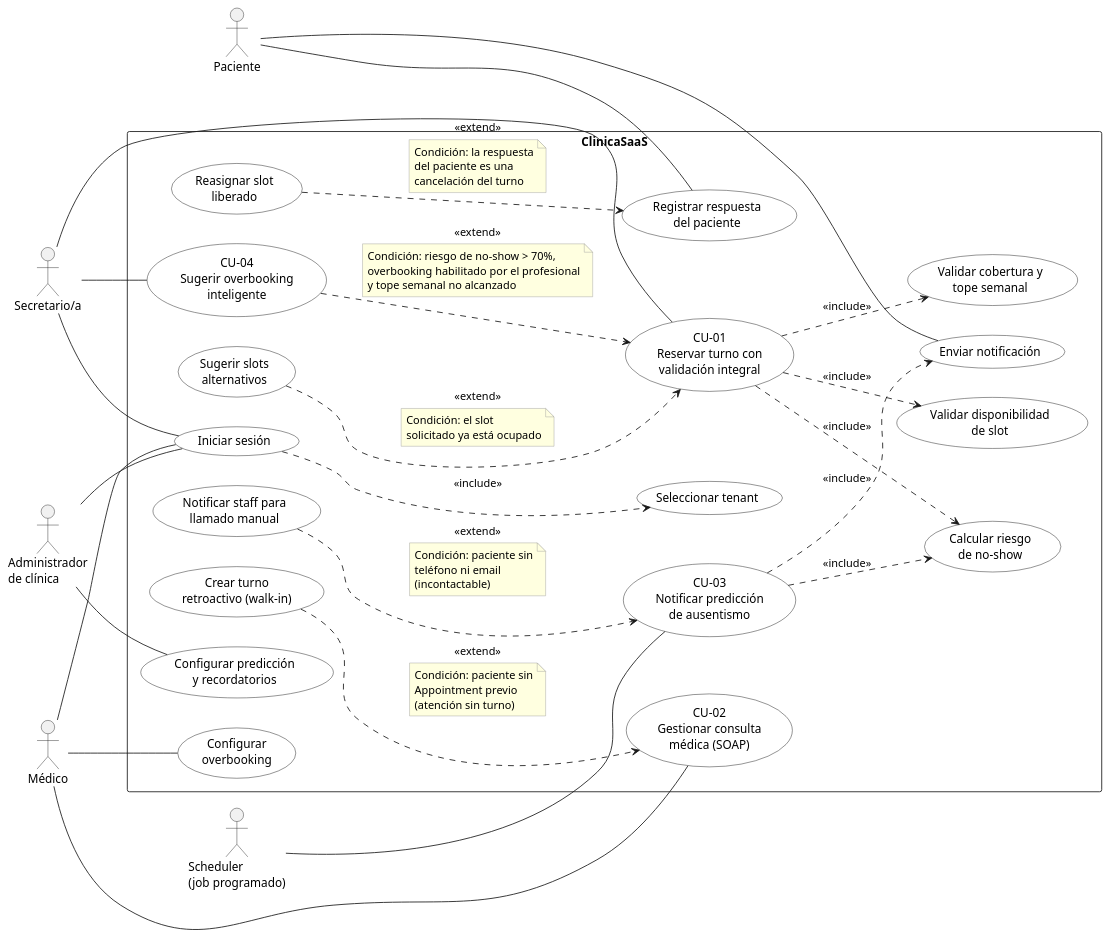
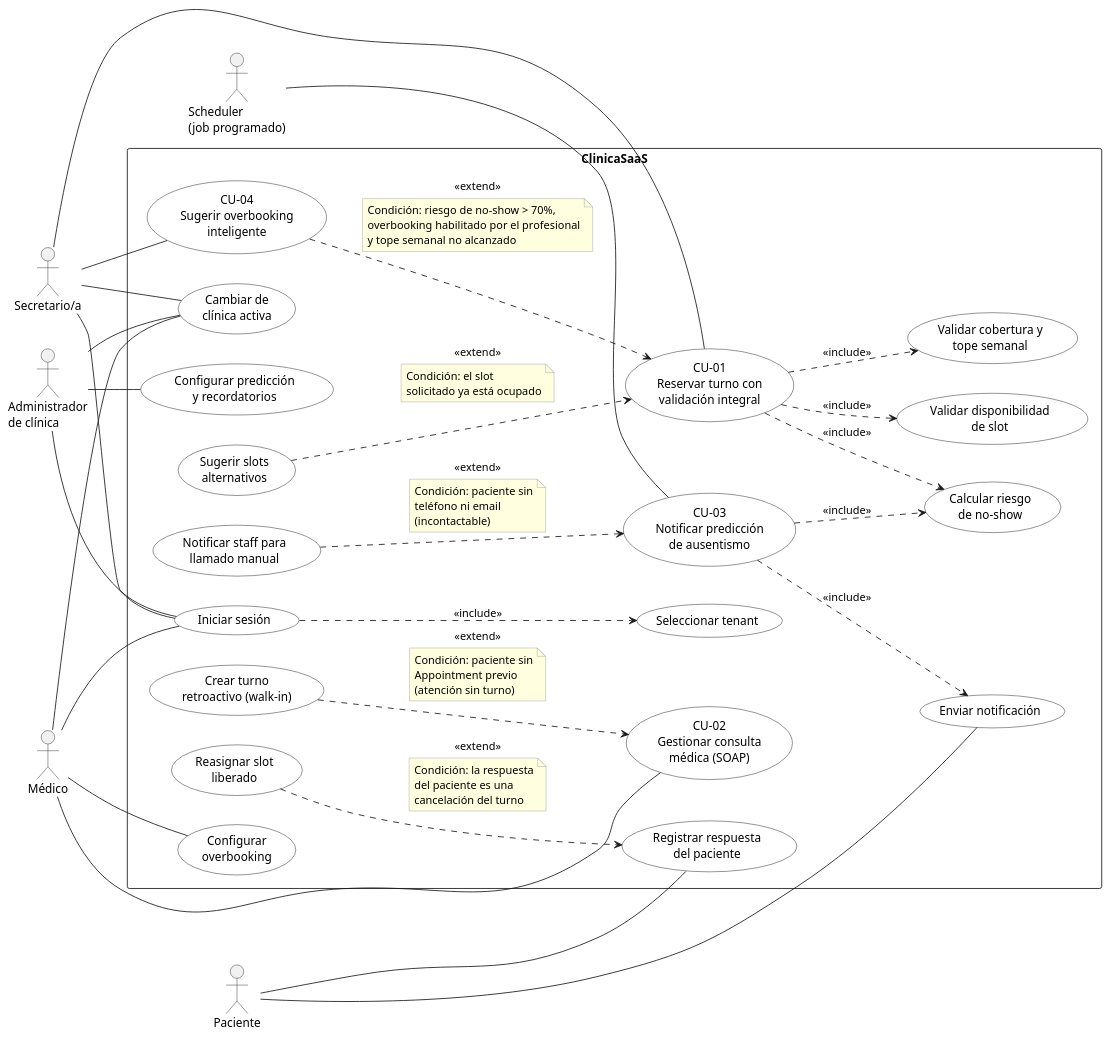
One commit to JulianDeco/sist_clinica changed the diagram in seminario/iconix/diagramas/01-casos-de-uso.puml. Above: the diagram before and after it, drawn with PlantUML. The commit also changed 5 other files, not shown here.

Commit message:
docs(T-020): pulido ICONIX — canales ADR-013 (Telegram/email MVP), CU-S14 cambiar de clínica activa, consistencia entidades/glosario

```diff
--- a/seminario/iconix/diagramas/01-casos-de-uso.puml
+++ b/seminario/iconix/diagramas/01-casos-de-uso.puml
@@ -1,138 +1,148 @@
 @startuml 01-casos-de-uso
 ' =====================================================================
 ' ClinicaSaaS — Diagrama de casos de uso (ICONIX) — T-020 entregable 1
 ' Entrega Seminario de Trabajo Final UAI — 16/06/2026
 '
 ' Fuentes:
 '   - .claude/tasks/use-cases.md  (CU-01..CU-04, fuente autoritativa)
 '   - docs/adr/ADR-014-multi-tenant-membership.md (auth two-step)
 '
 ' Convenciones UML aplicadas:
 '   <<include>> : flecha punteada DESDE el caso base HACIA el incluido.
 '                 Comportamiento obligatorio y reutilizable que SIEMPRE
 '                 se ejecuta como parte del caso base.
 '   <<extend>>  : flecha punteada DESDE la extensión HACIA el caso base.
 '                 Comportamiento OPCIONAL/CONDICIONAL; la condición de
 '                 disparo se documenta en nota sobre el vínculo.
 '   Asociación actor–caso de uso: línea sólida sin punta de flecha.
 '
 ' Totales: 6 <<include>> · 5 <<extend>>  (requisito mínimo: 5 y 5)
+'   El CU de soporte «Cambiar de clínica activa» (ADR-014, switch-tenant)
+'   no participa de ninguna relación include/extend — totales sin cambios.
 ' =====================================================================
 
 left to right direction
 skinparam shadowing false
 skinparam usecase {
   BackgroundColor White
   BorderColor Black
 }
 skinparam note {
   BackgroundColor #FFFFE0
   BorderColor #999999
 }
 
 ' ------------------------- Actores -------------------------
 ' Actores humanos internos de la clínica
 actor "Secretario/a" as SEC
 actor "Médico" as MED
 actor "Administrador\nde clínica" as ADM
 
 ' Actor externo: recibe notificaciones y confirma/cancela turnos
 actor "Paciente" as PAC
 
 ' Actor temporal: dispara el job programado de UC-03 (convención reloj)
 actor "Scheduler\n(job programado)" as SCH
 
 ' --------------------- Límite del sistema ---------------------
 rectangle "ClinicaSaaS" {
 
-  ' ----- Autenticación (ADR-014: flujo two-step) -----
+  ' ----- Autenticación (ADR-014: flujo two-step + switch-tenant) -----
   usecase "Iniciar sesión" as UC_LOGIN
   usecase "Seleccionar tenant" as UC_TENANT
+  ' ADR-014: cambio de clínica activa sin re-login (tercer flujo de auth)
+  usecase "Cambiar de\nclínica activa" as UC_SWITCH
 
   ' ----- Casos de uso core (ICONIX) -----
   usecase "CU-01\nReservar turno con\nvalidación integral" as UC01
   usecase "CU-02\nGestionar consulta\nmédica (SOAP)" as UC02
   usecase "CU-03\nNotificar predicción\nde ausentismo" as UC03
   usecase "CU-04\nSugerir overbooking\ninteligente" as UC04
 
   ' ----- Casos de uso de soporte -----
   usecase "Validar disponibilidad\nde slot" as UC_DISP
   usecase "Validar cobertura y\ntope semanal" as UC_COB
   usecase "Calcular riesgo\nde no-show" as UC_RIESGO
   usecase "Enviar notificación" as UC_NOTIF
   usecase "Registrar respuesta\ndel paciente" as UC_RESP
   usecase "Sugerir slots\nalternativos" as UC_ALT
   usecase "Crear turno\nretroactivo (walk-in)" as UC_WALKIN
   usecase "Notificar staff para\nllamado manual" as UC_STAFF
   usecase "Reasignar slot\nliberado" as UC_REASIG
   usecase "Configurar\noverbooking" as UC_CFG_OVB
   usecase "Configurar predicción\ny recordatorios" as UC_CFG_PRED
 }
 
 ' ------------- Asociaciones actor – caso de uso -------------
 SEC -- UC_LOGIN
 MED -- UC_LOGIN
 ADM -- UC_LOGIN
+
+' ADR-014: los tres actores internos pueden cambiar de clínica activa
+' sin volver a iniciar sesión (ya implementado en el navbar, T-002)
+SEC -- UC_SWITCH
+MED -- UC_SWITCH
+ADM -- UC_SWITCH
 
 SEC -- UC01
 SEC -- UC04
 MED -- UC02
 MED -- UC_CFG_OVB
 ADM -- UC_CFG_PRED
 SCH -- UC03
 
 ' El paciente es receptor de las notificaciones y responde desde el mensaje
 PAC -- UC_NOTIF
 PAC -- UC_RESP
 
 ' --------------------- <<include>> (6) ---------------------
 ' CU-01 siempre ejecuta sus 3 validaciones (use-cases.md, pasos 2-4)
 UC01 ..> UC_DISP : <<include>>
 UC01 ..> UC_COB : <<include>>
 UC01 ..> UC_RIESGO : <<include>>
 
 ' CU-03 reutiliza el mismo motor heurístico (use-cases.md, paso 2)
 UC03 ..> UC_RIESGO : <<include>>
 ' CU-03 siempre envía las notificaciones elegidas (paso 4)
 UC03 ..> UC_NOTIF : <<include>>
 
 ' ADR-014: la selección de tenant siempre ocurre tras el login
 ' (auto-seleccionado si el usuario pertenece a un único tenant)
 UC_LOGIN ..> UC_TENANT : <<include>>
 
 ' --------------------- <<extend>> (5) ---------------------
 UC04 ..> UC01 : <<extend>>
 note on link
   Condición: riesgo de no-show > 70%,
   overbooking habilitado por el profesional
   y tope semanal no alcanzado
 end note
 
 UC_ALT ..> UC01 : <<extend>>
 note on link
   Condición: el slot
   solicitado ya está ocupado
 end note
 
 UC_WALKIN ..> UC02 : <<extend>>
 note on link
   Condición: paciente sin
   Appointment previo
   (atención sin turno)
 end note
 
 UC_STAFF ..> UC03 : <<extend>>
 note on link
   Condición: paciente sin
   teléfono ni email
   (incontactable)
 end note
 
 UC_REASIG ..> UC_RESP : <<extend>>
 note on link
   Condición: la respuesta
   del paciente es una
   cancelación del turno
 end note
 
 @enduml
```
